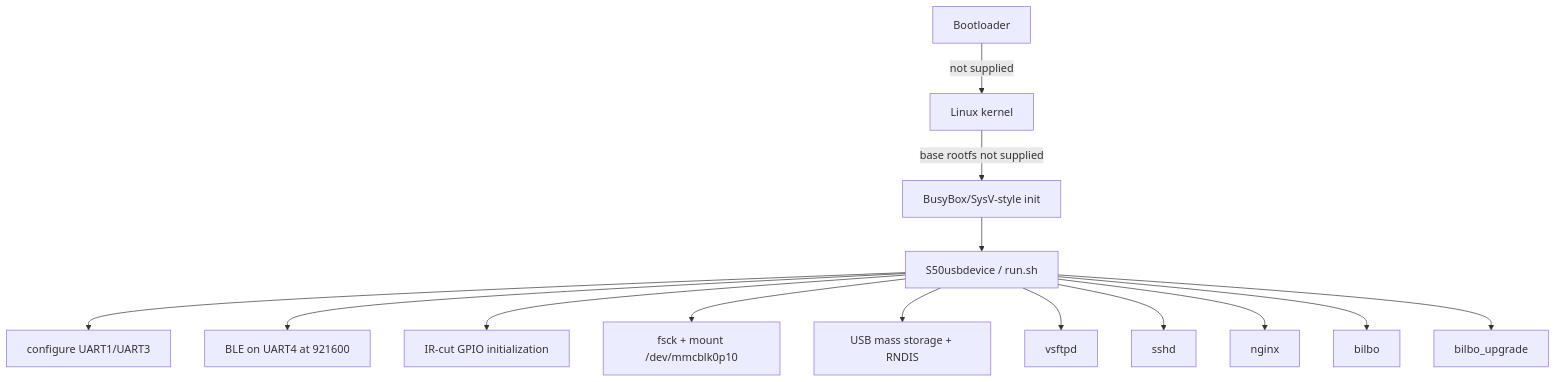
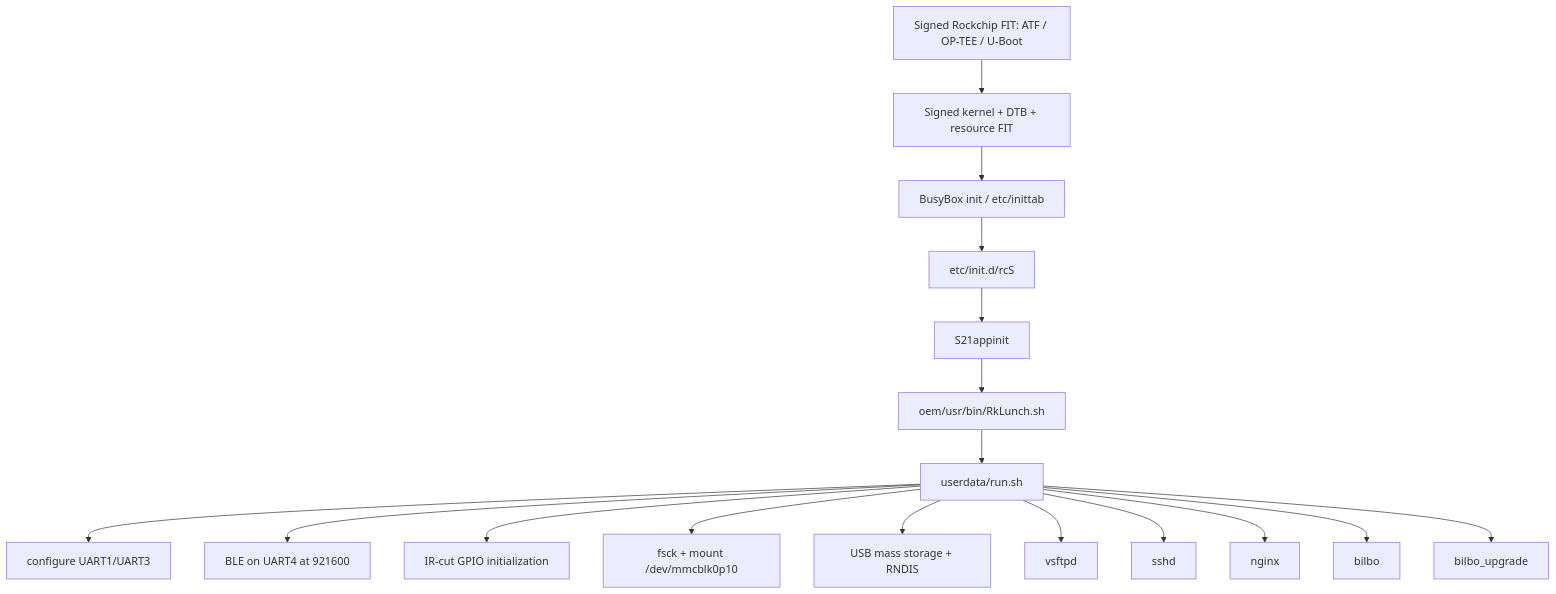
One commit to acocalypso/dwarfAlp changed the diagram in docs/firmware/03-boot-process.md. Above: the diagram before and after it, drawn with Mermaid. The commit also changed other lines of this file and 15 other files, not shown here.

````diff
--- a/docs/firmware/03-boot-process.md
+++ b/docs/firmware/03-boot-process.md
@@ -7,16 +9,19 @@
 ```mermaid
 flowchart TD
-  B["Bootloader"] -->|"not supplied"| K["Linux kernel"]
-  K -->|"base rootfs not supplied"| I["BusyBox/SysV-style init"]
-  I --> S["S50usbdevice / run.sh"]
+  B["Signed Rockchip FIT: ATF / OP-TEE / U-Boot"] --> K["Signed kernel + DTB + resource FIT"]
+  K --> I["BusyBox init / etc/inittab"]
+  I --> RC["etc/init.d/rcS"]
+  RC --> APP["S21appinit"]
+  APP --> OEM["oem/usr/bin/RkLunch.sh"]
+  OEM --> S["userdata/run.sh"]
   S --> UART["configure UART1/UART3"]
   S --> BLE["BLE on UART4 at 921600"]
   S --> GPIO["IR-cut GPIO initialization"]
   S --> FS["fsck + mount /dev/mmcblk0p10"]
   S --> USB["USB mass storage + RNDIS"]
   S --> FTP["vsftpd"]
   S --> SSH["sshd"]
   S --> HTTP["nginx"]
   S --> Main["bilbo"]
   S --> Upgrade["bilbo_upgrade"]
 ```
````
